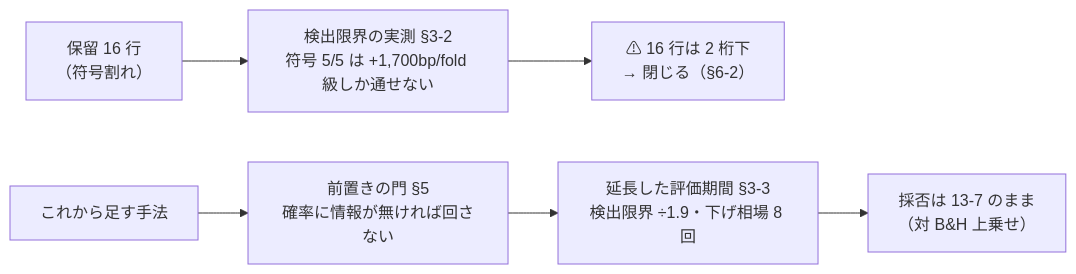
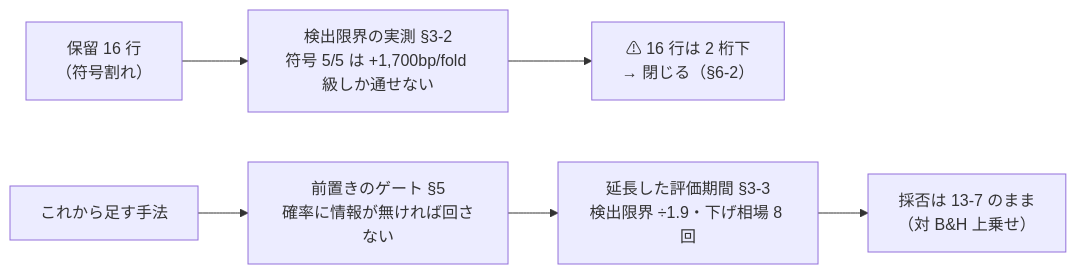
The first of 4 diagrams in docs/specs/experiments/feature-discovery/validation-power.md (akiraak/ai-income-lab), drawn with Mermaid before and after one commit. The commit also changed other lines of this file and 45 other files, not shown here.

````diff
--- a/docs/specs/experiments/feature-discovery/validation-power.md
+++ b/docs/specs/experiments/feature-discovery/validation-power.md
@@ -21,8 +21,8 @@
 ```mermaid
 flowchart LR
   H["保留 16 行<br/>（符号割れ）"] --> L["検出限界の実測 §3-2<br/>符号 5/5 は +1,700bp/fold 級しか通せない"]
   L --> C["⚠ 16 行は 2 桁下<br/>→ 閉じる（§6-2）"]
-  F["これから足す手法"] --> G["前置きの門 §5<br/>確率に情報が無ければ回さない"]
+  F["これから足す手法"] --> G["前置きのゲート §5<br/>確率に情報が無ければ回さない"]
   G --> E["延長した評価期間 §3-3<br/>検出限界 ÷1.9・下げ相場 8 回"]
   E --> J["採否は 13-7 のまま<br/>（対 B&H 上乗せ）"]
 ```
````
